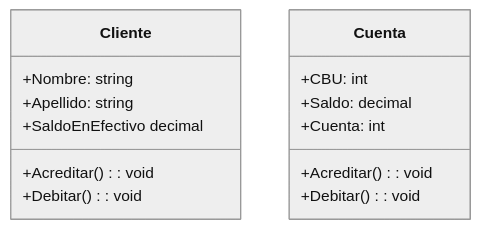
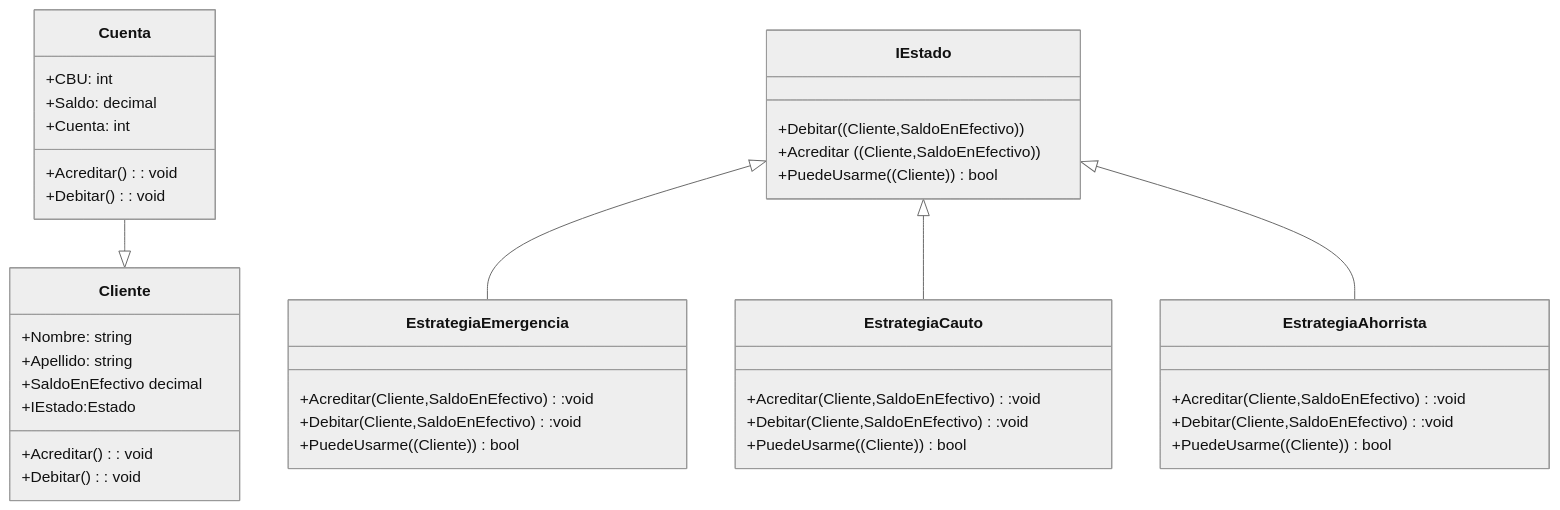
Before and after one commit to David3578/Banco_01: the diagram in README.md, drawn with Mermaid (neutral theme). The commit also changed other lines of this file, not shown here.

````diff
--- a/README.md
+++ b/README.md
@@ -2,18 +3,43 @@
 ```mermaid
 classDiagram
     class Cliente {
         +Nombre: string
         +Apellido: string
         +SaldoEnEfectivo decimal
         +Acreditar(): void
         +Debitar(): void
+        +IEstado:Estado
     }
     class Cuenta{
         +CBU: int
         +Saldo: decimal
-        +Cuenta: int 
+        +Cuenta: int
         +Acreditar(): void
         +Debitar(): void
     }
+    class IEstado{
+        +Debitar((Cliente,SaldoEnEfectivo))
+        +Acreditar ((Cliente,SaldoEnEfectivo))
+        +PuedeUsarme((Cliente))bool
+    }
+    class EstrategiaEmergencia{
+        +Acreditar(Cliente,SaldoEnEfectivo):void
+        +Debitar(Cliente,SaldoEnEfectivo):void
+        +PuedeUsarme((Cliente))bool
+    }
+    class EstrategiaCauto{
+        +Acreditar(Cliente,SaldoEnEfectivo):void
+        +Debitar(Cliente,SaldoEnEfectivo):void
+        +PuedeUsarme((Cliente))bool
+    }
+    class EstrategiaAhorrista{
+        +Acreditar(Cliente,SaldoEnEfectivo):void
+        +Debitar(Cliente,SaldoEnEfectivo):void
+        +PuedeUsarme((Cliente))bool
+    }
+    Cuenta --|> Cliente
+    IEstado <|-- EstrategiaEmergencia
+    IEstado <|-- EstrategiaCauto
+    IEstado <|-- EstrategiaAhorrista
 
 ```
````
